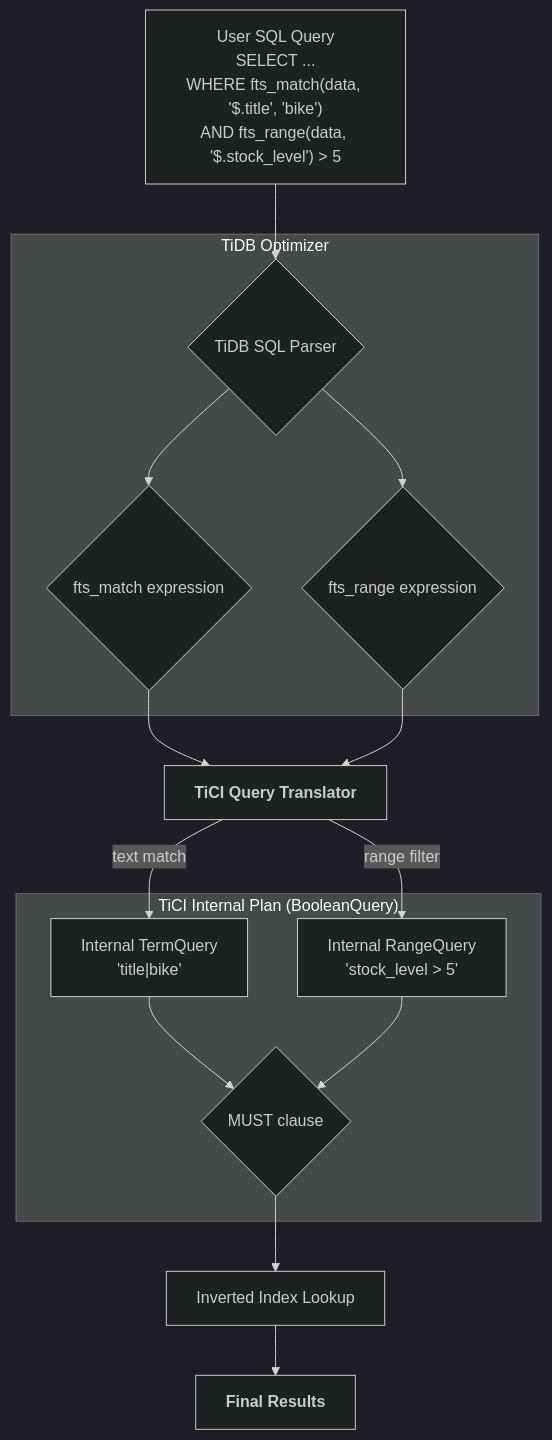
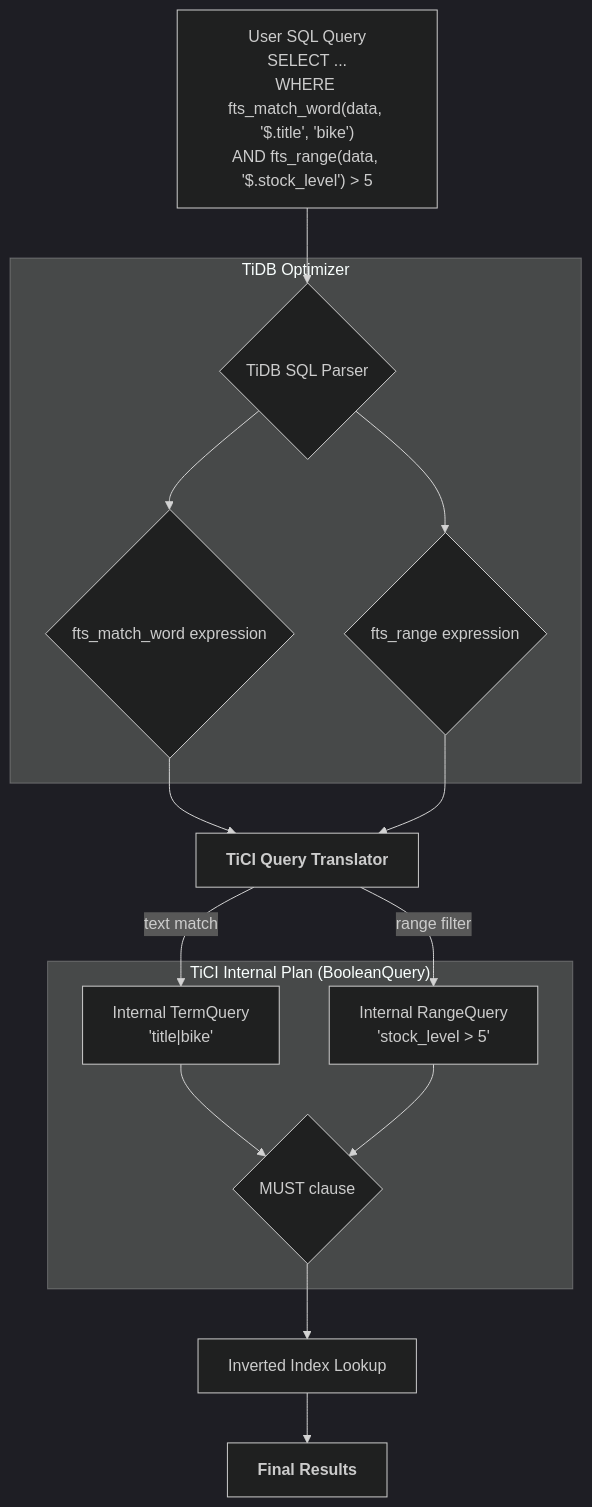
The second of 3 diagrams in TiCI_JSON_Support_Proposal.md (kolafish/tantivy), drawn with Mermaid (dark theme) before and after one commit. The commit also changed other lines of this file, not shown here.

````diff
--- a/TiCI_JSON_Support_Proposal.md
+++ b/TiCI_JSON_Support_Proposal.md
@@ -150,22 +165,22 @@
 ```mermaid
 graph TD
-    A["User SQL Query<br/>SELECT ...<br/>WHERE fts_match(data, '$.title', 'bike')<br/>AND fts_range(data, '$.stock_level') > 5"] --> B{"TiDB SQL Parser"};
+    A["User SQL Query<br/>SELECT ...<br/>WHERE fts_match_word(data, '$.title', 'bike')<br/>AND fts_range(data, '$.stock_level') > 5"] --> B{"TiDB SQL Parser"};
     
     subgraph "TiDB Optimizer"
-      B --> C{"fts_match expression"};
+      B --> C{"fts_match_word expression"};
       B --> D{"fts_range expression"};
     end
     
     C & D --> E["<strong>TiCI Query Translator</strong>"];
     
     E -- "text match" --> F["Internal TermQuery<br/>'title|bike'"];
     E -- "range filter" --> G["Internal RangeQuery<br/>'stock_level > 5'"];
 
     subgraph "TiCI Internal Plan (BooleanQuery)"
         F --> H{MUST clause};
         G --> H;
     end
     
     H --> I[Inverted Index Lookup];
     I --> J[<B>Final Results</B>];
 ```
````
